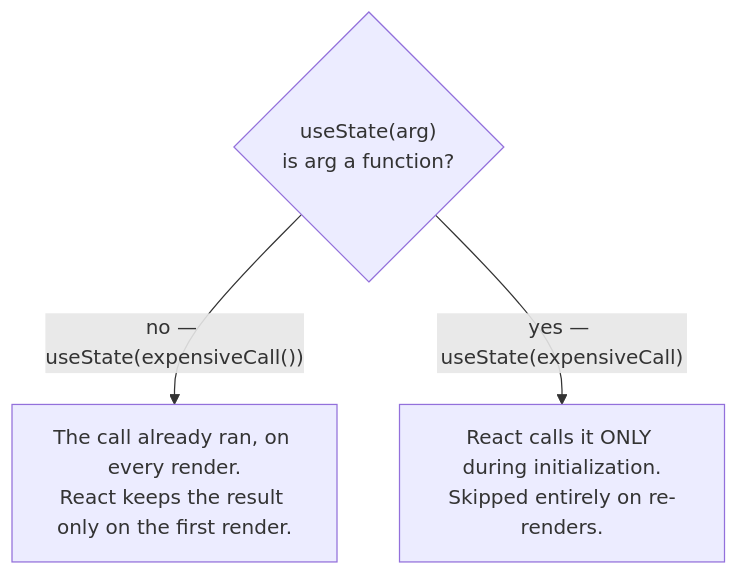
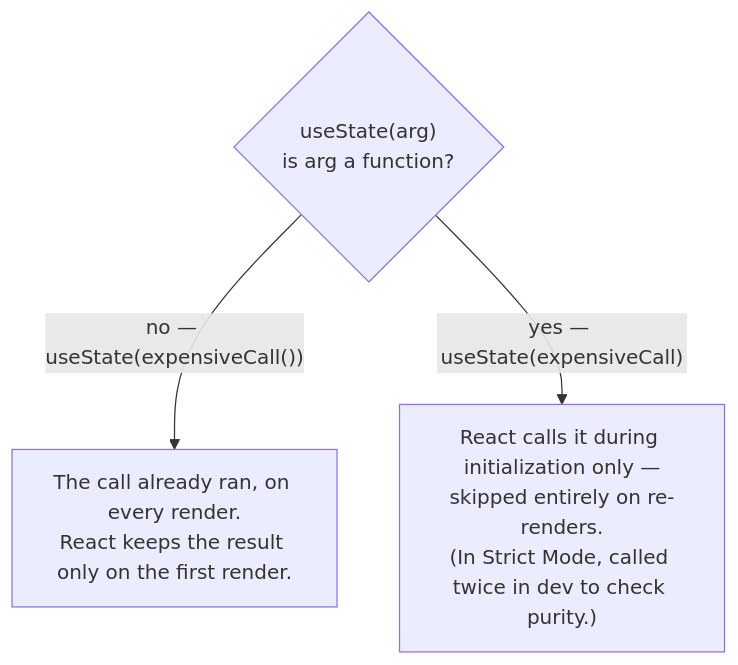
The third of 17 diagrams in notes/02-state-and-events/README.md (tushardongre1990/Claude-React), drawn with Mermaid before and after one commit. The commit also changed other lines of this file and 1 other file, not shown here.

````diff
--- a/notes/02-state-and-events/README.md
+++ b/notes/02-state-and-events/README.md
@@ -218,6 +223,6 @@
 ```mermaid
 flowchart TD
     q{"useState(arg)<br/>is arg a function?"}
     q -->|"no — useState(expensiveCall())"| eager["The call already ran, on every render.<br/>React keeps the result only on the first render."]
-    q -->|"yes — useState(expensiveCall)"| lazy["React calls it ONLY during initialization.<br/>Skipped entirely on re-renders."]
+    q -->|"yes — useState(expensiveCall)"| lazy["React calls it during initialization only —<br/>skipped entirely on re-renders.<br/>(In Strict Mode, called twice in dev to check purity.)"]
 ```
````
